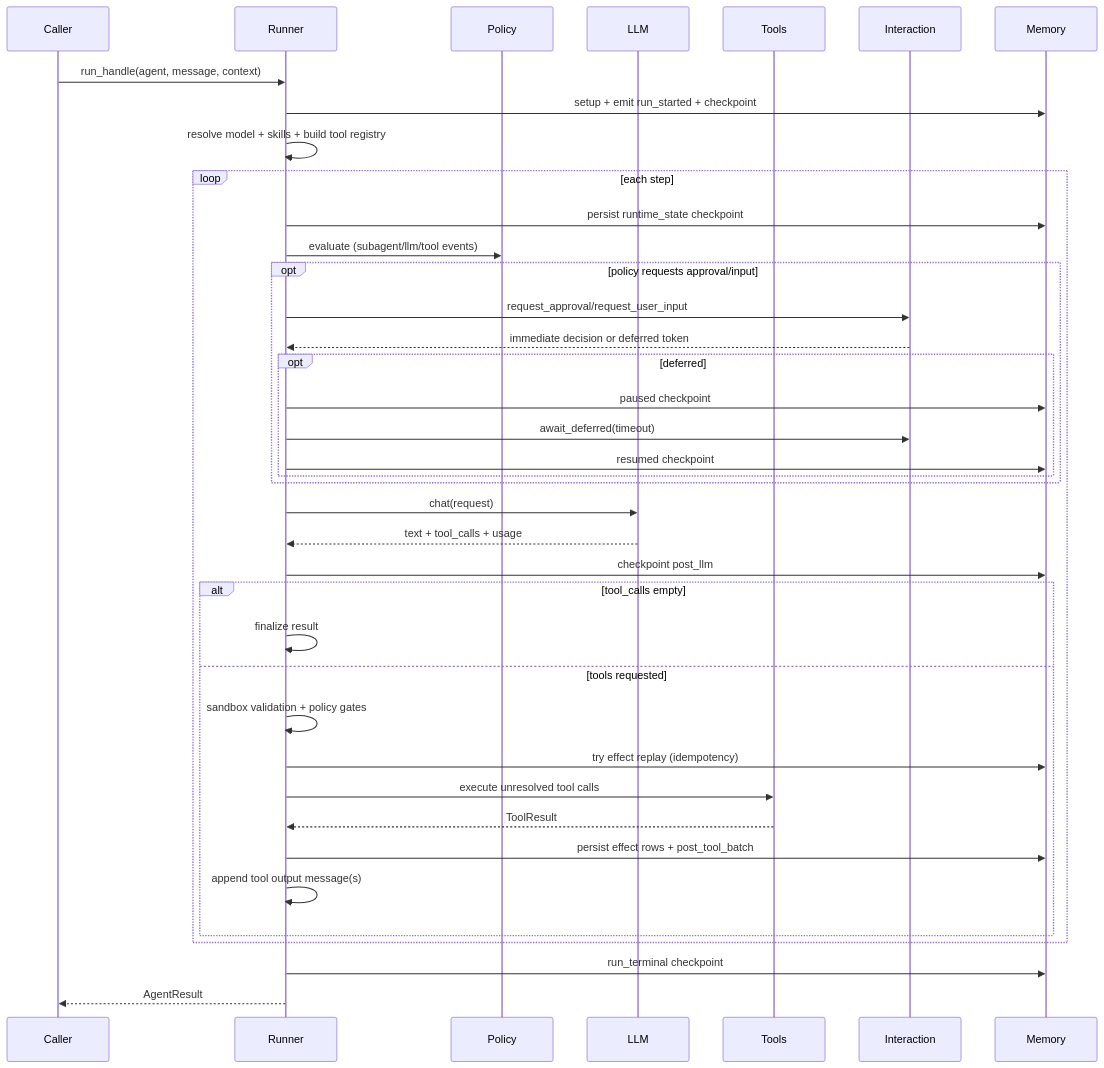
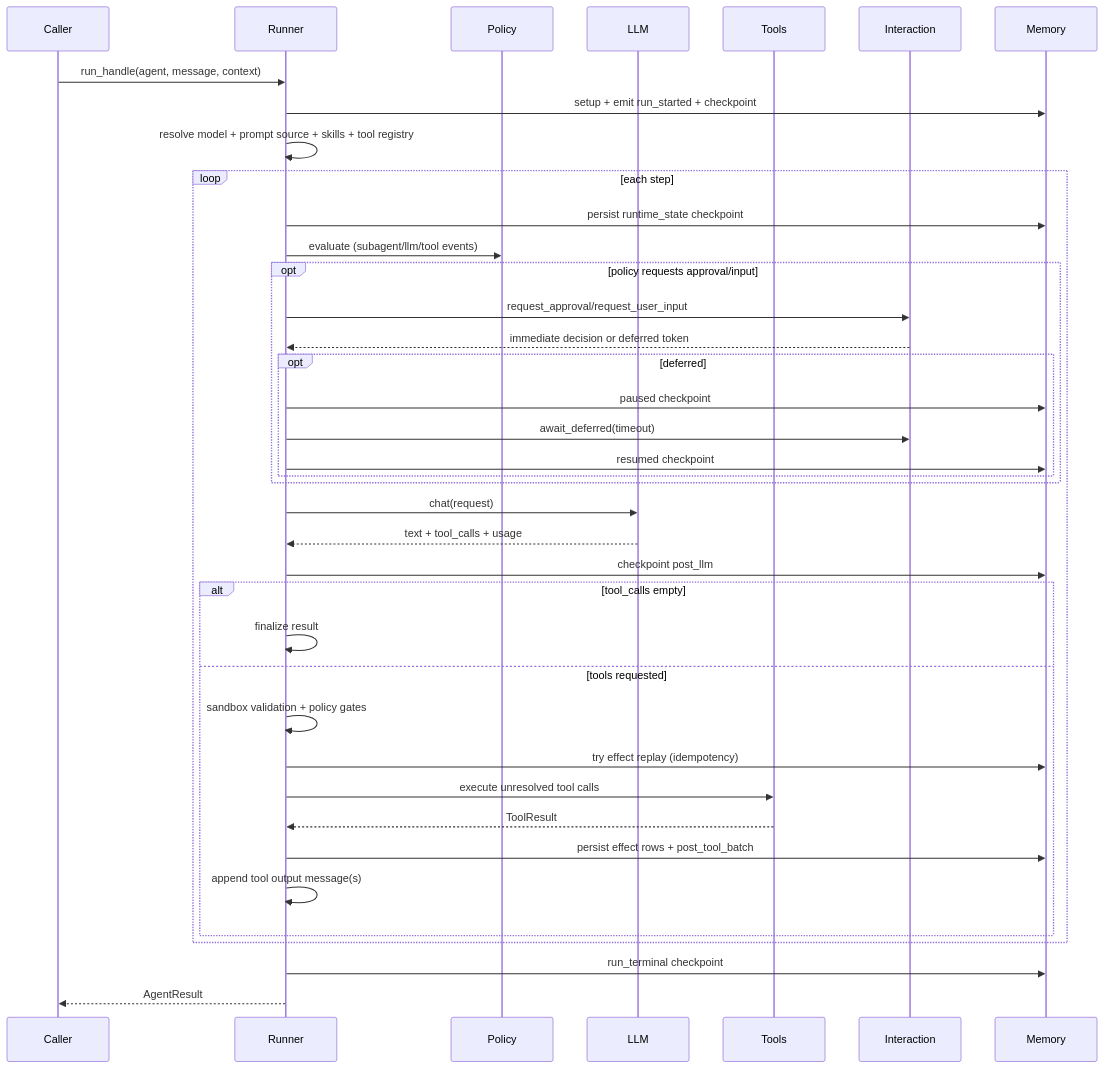
The second of 3 diagrams in docs/library/architecture.mdx (Luseefor/afk), drawn with Mermaid before and after one commit. The commit also changed other lines of this file and 48 other files, not shown here.

````diff
--- a/docs/library/architecture.mdx
+++ b/docs/library/architecture.mdx
@@ -60,47 +70,47 @@
 ```mermaid
 sequenceDiagram
     participant Caller
     participant Runner
     participant Policy
     participant LLM
     participant Tools
     participant Interaction
     participant Memory
 
     Caller->>Runner: run_handle(agent, message, context)
     Runner->>Memory: setup + emit run_started + checkpoint
-    Runner->>Runner: resolve model + skills + build tool registry
+    Runner->>Runner: resolve model + prompt source + skills + tool registry
 
     loop each step
         Runner->>Memory: persist runtime_state checkpoint
         Runner->>Policy: evaluate (subagent/llm/tool events)
 
         opt policy requests approval/input
             Runner->>Interaction: request_approval/request_user_input
             Interaction-->>Runner: immediate decision or deferred token
             opt deferred
                 Runner->>Memory: paused checkpoint
                 Runner->>Interaction: await_deferred(timeout)
                 Runner->>Memory: resumed checkpoint
             end
         end
 
         Runner->>LLM: chat(request)
         LLM-->>Runner: text + tool_calls + usage
         Runner->>Memory: checkpoint post_llm
 
         alt tool_calls empty
             Runner->>Runner: finalize result
         else tools requested
             Runner->>Runner: sandbox validation + policy gates
             Runner->>Memory: try effect replay (idempotency)
             Runner->>Tools: execute unresolved tool calls
             Tools-->>Runner: ToolResult
             Runner->>Memory: persist effect rows + post_tool_batch
             Runner->>Runner: append tool output message(s)
         end
     end
 
     Runner->>Memory: run_terminal checkpoint
     Runner-->>Caller: AgentResult
 ```
````
